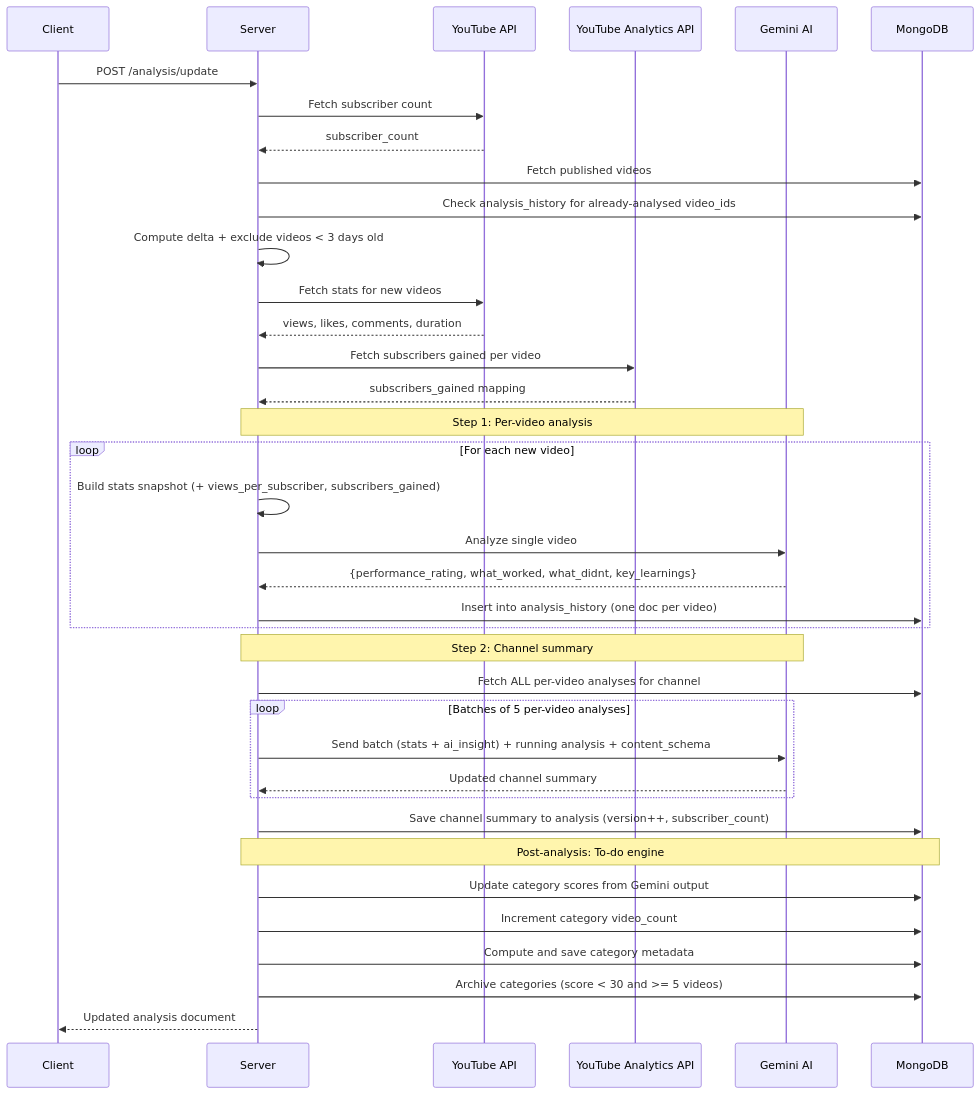
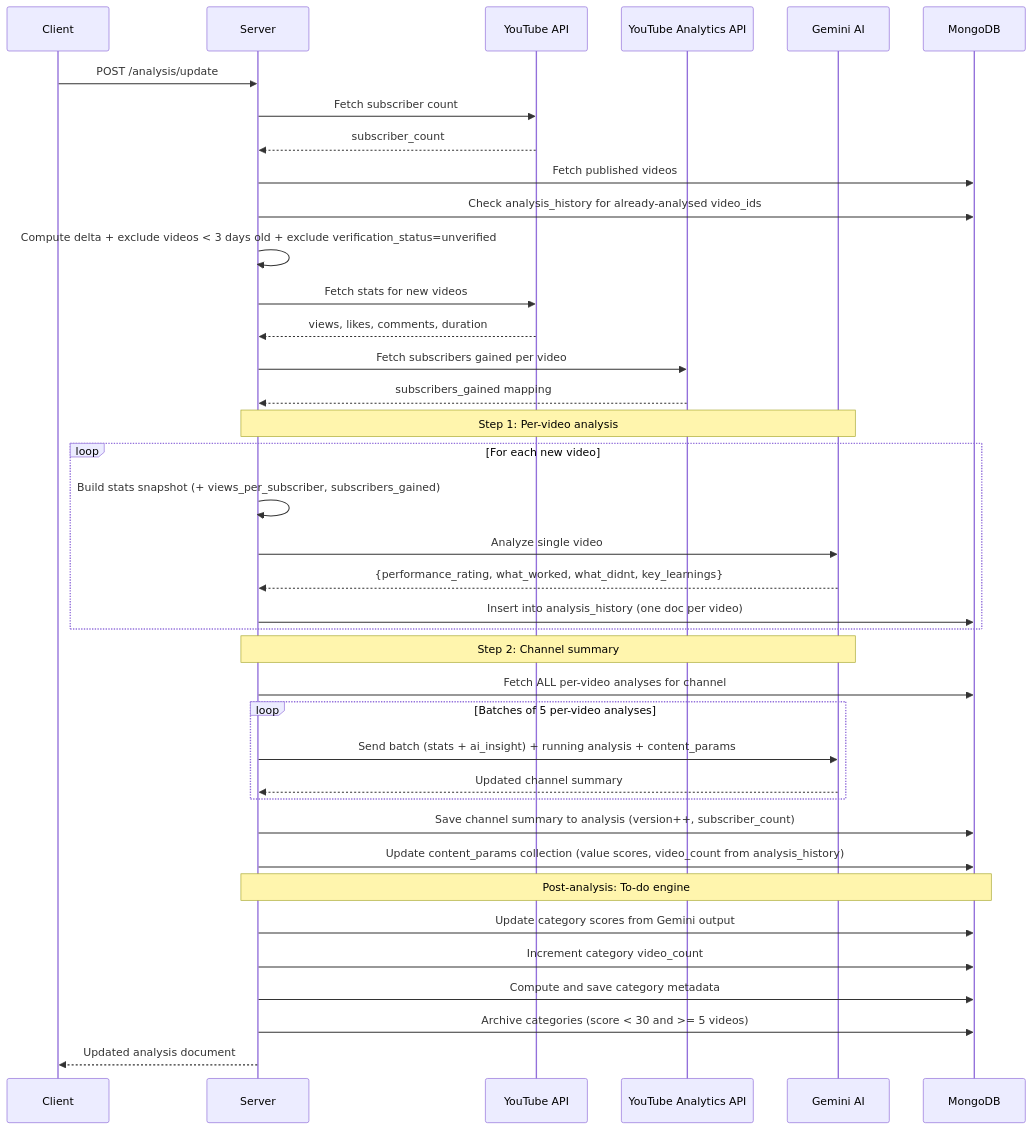
One commit to pratham2908/server-automation changed the fifth of 8 diagrams in DOCUMENTATION.md. Above: the diagram before and after it, drawn with Mermaid. The commit also changed other lines of this file and 11 other files, not shown here.

Commit message:
content param collection made analysis updation

````diff
--- a/DOCUMENTATION.md
+++ b/DOCUMENTATION.md
@@ -1617,48 +1696,49 @@
 ```mermaid
 sequenceDiagram
     participant C as Client
     participant S as Server
     participant YT as YouTube API
     participant YTA as YouTube Analytics API
     participant G as Gemini AI
     participant DB as MongoDB
 
     C->>S: POST /analysis/update
 
     S->>YT: Fetch subscriber count
     YT-->>S: subscriber_count
 
     S->>DB: Fetch published videos
     S->>DB: Check analysis_history for already-analysed video_ids
-    S->>S: Compute delta + exclude videos < 3 days old
+    S->>S: Compute delta + exclude videos < 3 days old + exclude verification_status=unverified
 
     S->>YT: Fetch stats for new videos
     YT-->>S: views, likes, comments, duration
     S->>YTA: Fetch subscribers gained per video
     YTA-->>S: subscribers_gained mapping
 
     Note over S,G: Step 1: Per-video analysis
     loop For each new video
         S->>S: Build stats snapshot (+ views_per_subscriber, subscribers_gained)
         S->>G: Analyze single video
         G-->>S: {performance_rating, what_worked, what_didnt, key_learnings}
         S->>DB: Insert into analysis_history (one doc per video)
     end
 
     Note over S,G: Step 2: Channel summary
     S->>DB: Fetch ALL per-video analyses for channel
     loop Batches of 5 per-video analyses
-        S->>G: Send batch (stats + ai_insight) + running analysis + content_schema
+        S->>G: Send batch (stats + ai_insight) + running analysis + content_params
         G-->>S: Updated channel summary
     end
 
     S->>DB: Save channel summary to analysis (version++, subscriber_count)
+    S->>DB: Update content_params collection (value scores, video_count from analysis_history)
 
     Note over S,DB: Post-analysis: To-do engine
     S->>DB: Update category scores from Gemini output
     S->>DB: Increment category video_count
     S->>DB: Compute and save category metadata
     S->>DB: Archive categories (score < 30 and >= 5 videos)
 
     S-->>C: Updated analysis document
 ```
````
